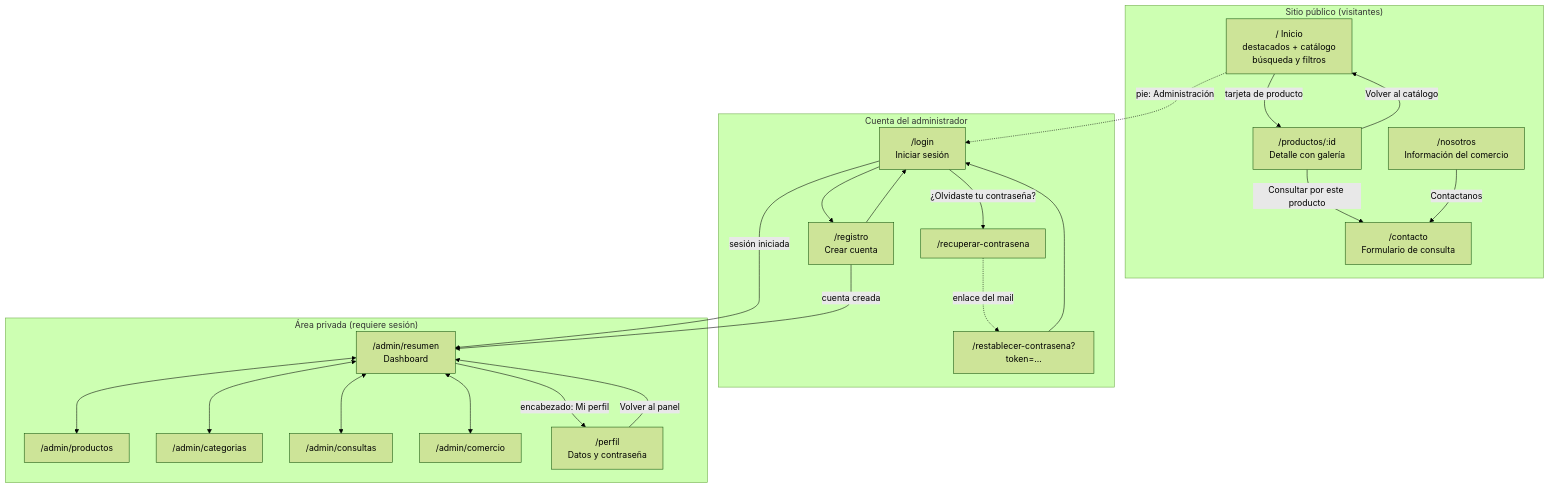
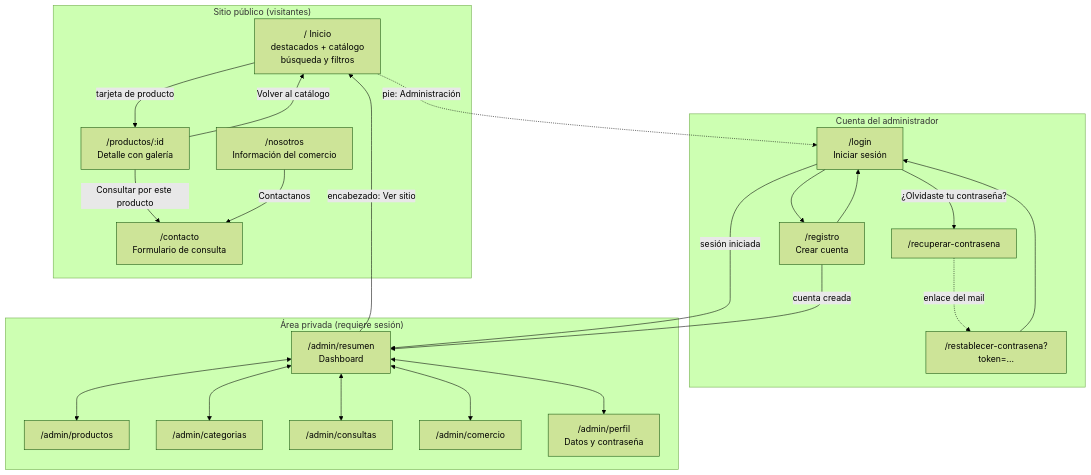
One commit to FranciscoMessina/tp-aplicaciones-interactivas changed the diagram in docs/diagrama-de-navegacion.md. Above: the diagram before and after it, drawn with Mermaid (forest theme). The commit also changed other lines of this file and 29 other files, not shown here.

````diff
--- a/docs/diagrama-de-navegacion.md
+++ b/docs/diagrama-de-navegacion.md
@@ -8,46 +8,46 @@
 ```mermaid
 flowchart TD
     subgraph Publico["Sitio público (visitantes)"]
         Inicio["/ Inicio<br/>destacados + catálogo<br/>búsqueda y filtros"]
         Detalle["/productos/:id<br/>Detalle con galería"]
         Nosotros["/nosotros<br/>Información del comercio"]
         Contacto["/contacto<br/>Formulario de consulta"]
     end
 
     subgraph Cuenta["Cuenta del administrador"]
         Login["/login<br/>Iniciar sesión"]
         Registro["/registro<br/>Crear cuenta"]
         Recuperar["/recuperar-contrasena"]
         Restablecer["/restablecer-contrasena?token=..."]
     end
 
     subgraph Panel["Área privada (requiere sesión)"]
         Resumen["/admin/resumen<br/>Dashboard"]
         Productos["/admin/productos"]
         Categorias["/admin/categorias"]
         Consultas["/admin/consultas"]
         Comercio["/admin/comercio"]
-        Perfil["/perfil<br/>Datos y contraseña"]
+        Perfil["/admin/perfil<br/>Datos y contraseña"]
     end
 
     Inicio -->|tarjeta de producto| Detalle
     Detalle -->|Consultar por este producto| Contacto
     Detalle -->|Volver al catálogo| Inicio
     Nosotros -->|Contactanos| Contacto
 
     Inicio -.->|pie: Administración| Login
     Login --> Registro
     Registro --> Login
     Login -->|¿Olvidaste tu contraseña?| Recuperar
     Recuperar -.->|enlace del mail| Restablecer
     Restablecer --> Login
 
     Login -->|sesión iniciada| Resumen
     Registro -->|cuenta creada| Resumen
     Resumen <--> Productos
     Resumen <--> Categorias
     Resumen <--> Consultas
     Resumen <--> Comercio
-    Resumen -->|encabezado: Mi perfil| Perfil
-    Perfil -->|Volver al panel| Resumen
+    Resumen <--> Perfil
+    Resumen -->|encabezado: Ver sitio| Inicio
 ```
````
